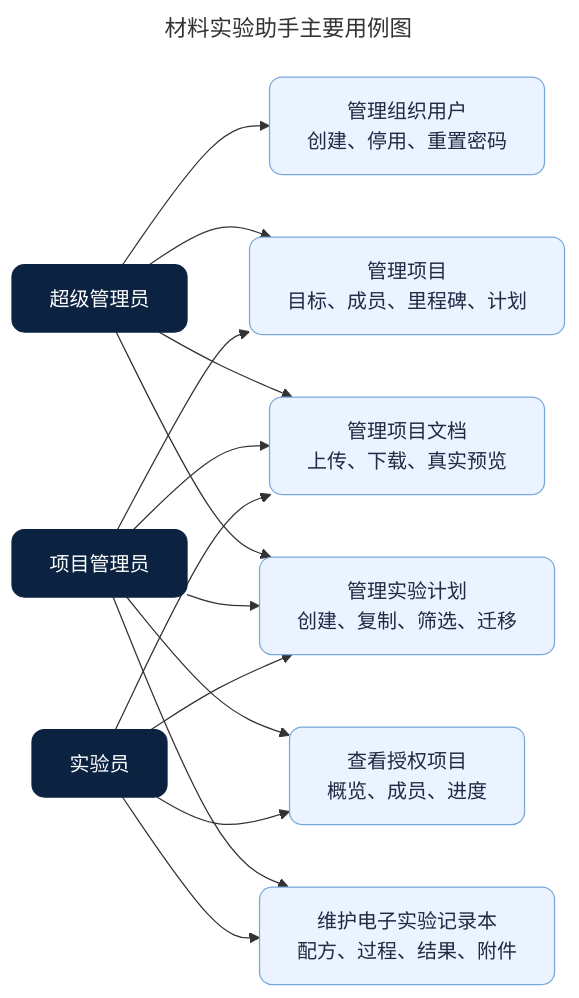
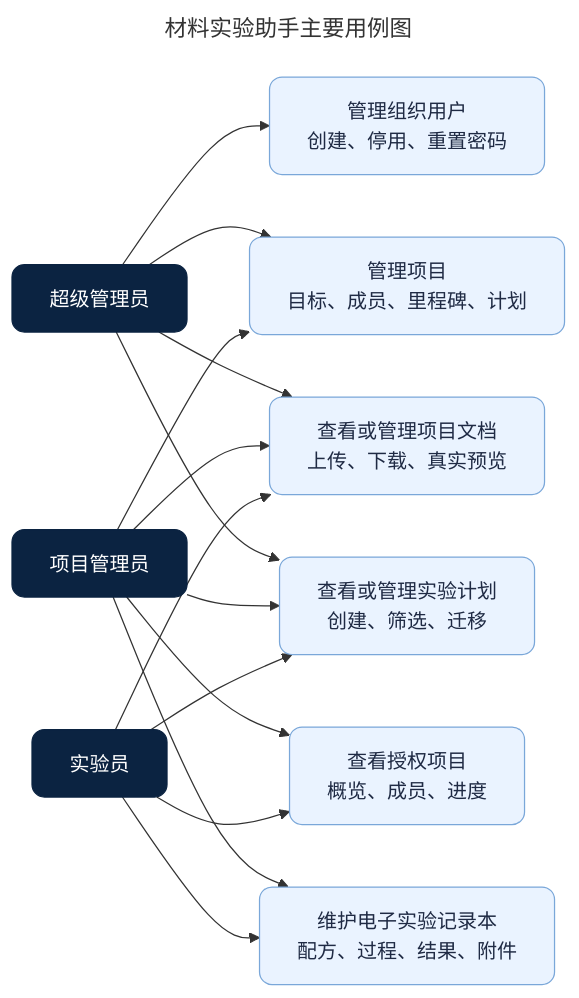
The second of 4 diagrams in docs/overview-design.md (bujiuzhi/labAssistant), drawn with Mermaid before and after one commit. The commit also changed other lines of this file and 22 other files, not shown here.

````diff
--- a/docs/overview-design.md
+++ b/docs/overview-design.md
@@ -110,32 +110,32 @@
 ```mermaid
 ---
 title: 材料实验助手主要用例图
 ---
 flowchart LR
     Admin["超级管理员"]:::actor
     Manager["项目管理员"]:::actor
     Researcher["实验员"]:::actor
 
     UserAdmin["管理组织用户<br/>创建、停用、重置密码"]:::usecase
     ProjectAdmin["管理项目<br/>目标、成员、里程碑、计划"]:::usecase
     ProjectRead["查看授权项目<br/>概览、成员、进度"]:::usecase
-    Document["管理项目文档<br/>上传、下载、真实预览"]:::usecase
-    Experiment["管理实验计划<br/>创建、复制、筛选、迁移"]:::usecase
+    Document["查看或管理项目文档<br/>上传、下载、真实预览"]:::usecase
+    Experiment["查看或管理实验计划<br/>创建、筛选、迁移"]:::usecase
     Eln["维护电子实验记录本<br/>配方、过程、结果、附件"]:::usecase
 
     Admin --> UserAdmin
     Admin --> ProjectAdmin
     Admin --> Document
     Admin --> Experiment
     Manager --> ProjectAdmin
     Manager --> ProjectRead
     Manager --> Document
     Manager --> Experiment
     Manager --> Eln
     Researcher --> ProjectRead
     Researcher --> Document
     Researcher --> Experiment
     Researcher --> Eln
     classDef actor fill:#0B2341,stroke:#0B2341,stroke-width:1px,color:#FFFFFF,rx:10,ry:10;
     classDef usecase fill:#EAF3FF,stroke:#7AA7D9,stroke-width:1px,color:#1F2A44,rx:10,ry:10;
 ```
````
